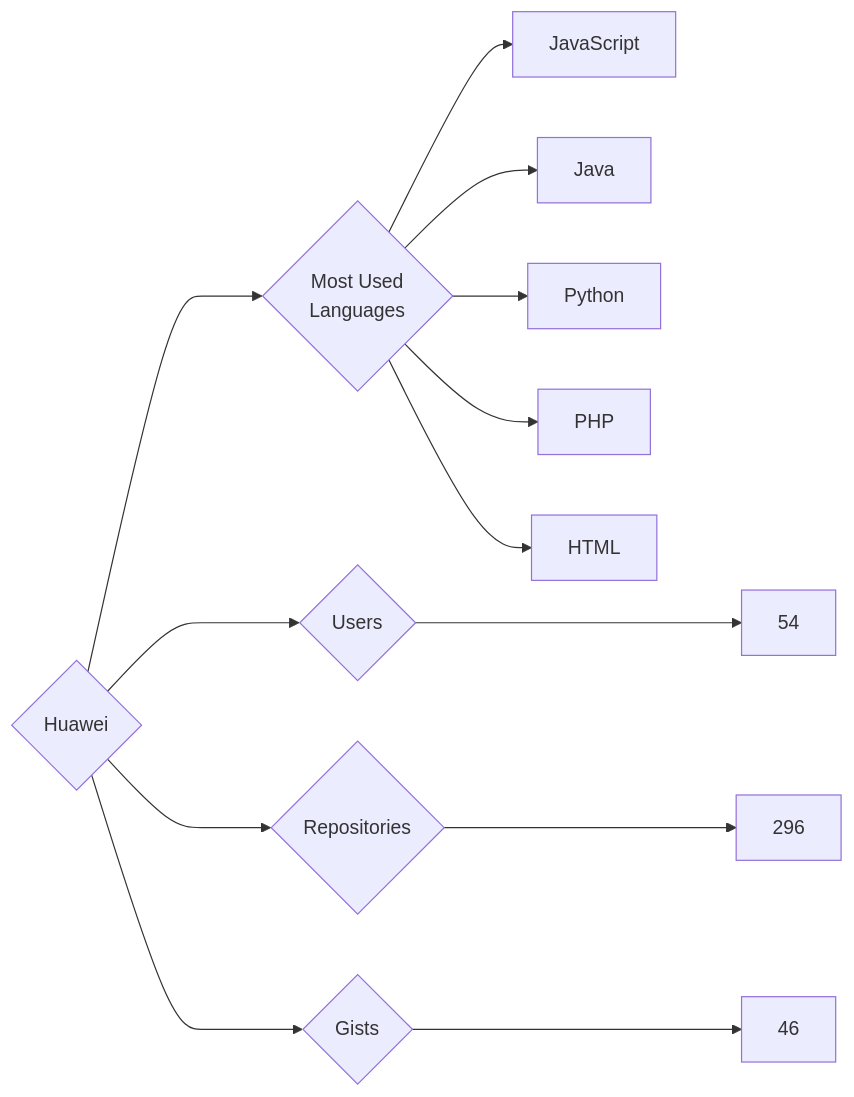
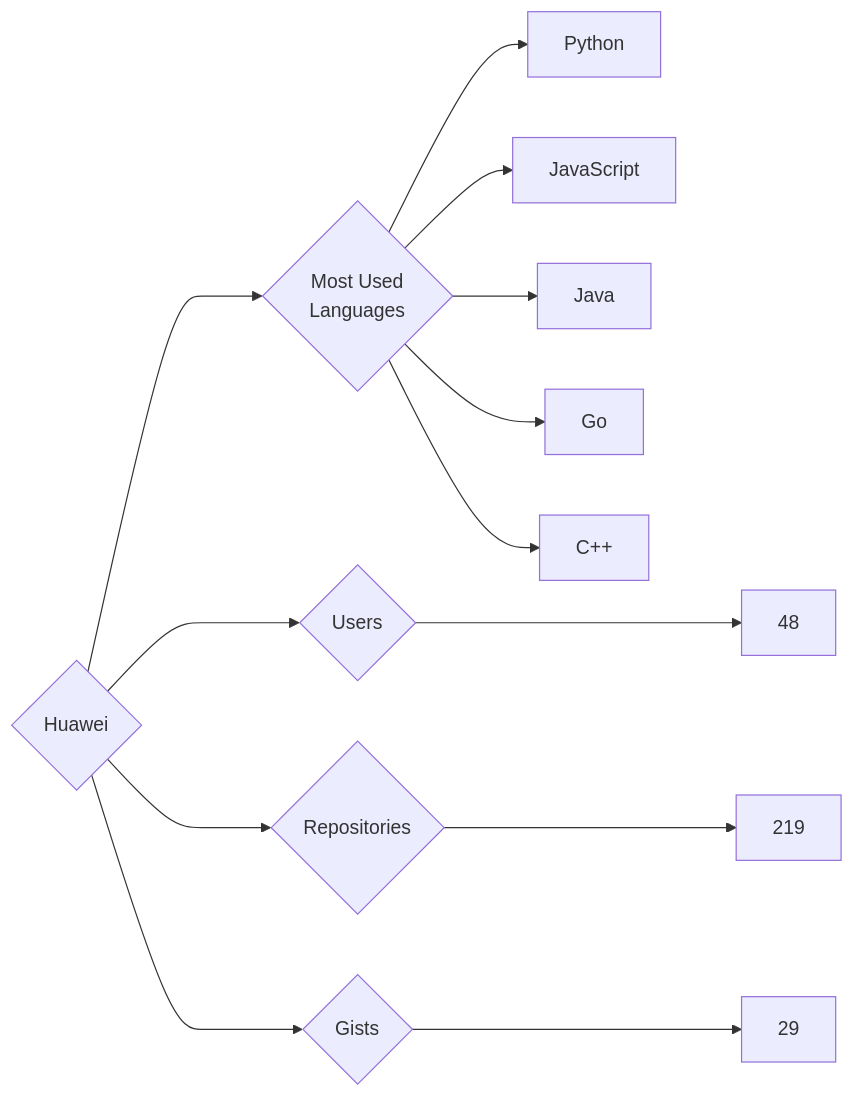
Before and after one commit to trickest/insiders: the diagram in targets/Huawei/README.md, drawn with Mermaid. The commit also changed 882 other files, not shown here.

````diff
--- a/targets/Huawei/README.md
+++ b/targets/Huawei/README.md
@@ -3,13 +3,13 @@
 ```mermaid
 graph LR
 COMPANY_NAME{Huawei}
-COMPANY_NAME ---> U{Users} ---> UN[54]
-COMPANY_NAME ---> R{Repositories} ---> RN[296]
-COMPANY_NAME ---> G{Gists} ---> GN[46]
+COMPANY_NAME ---> U{Users} ---> UN[48]
+COMPANY_NAME ---> R{Repositories} ---> RN[219]
+COMPANY_NAME ---> G{Gists} ---> GN[29]
 COMPANY_NAME ---> ML{Most Used<br>Languages}
+ML --> Python[Python]
 ML --> JavaScript[JavaScript]
 ML --> Java[Java]
-ML --> Python[Python]
-ML --> PHP[PHP]
-ML --> HTML[HTML]
+ML --> Go[Go]
+ML --> C++[C++]
 ```
````
